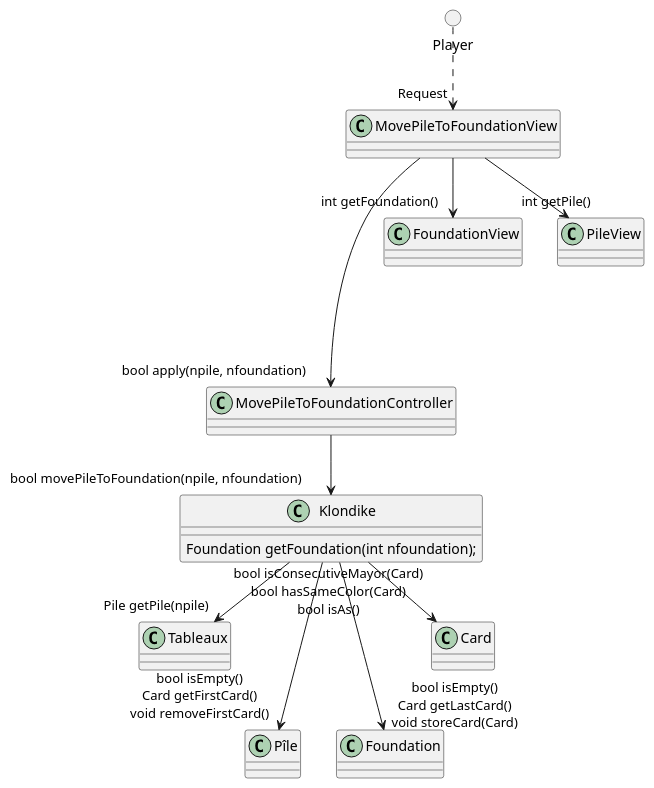
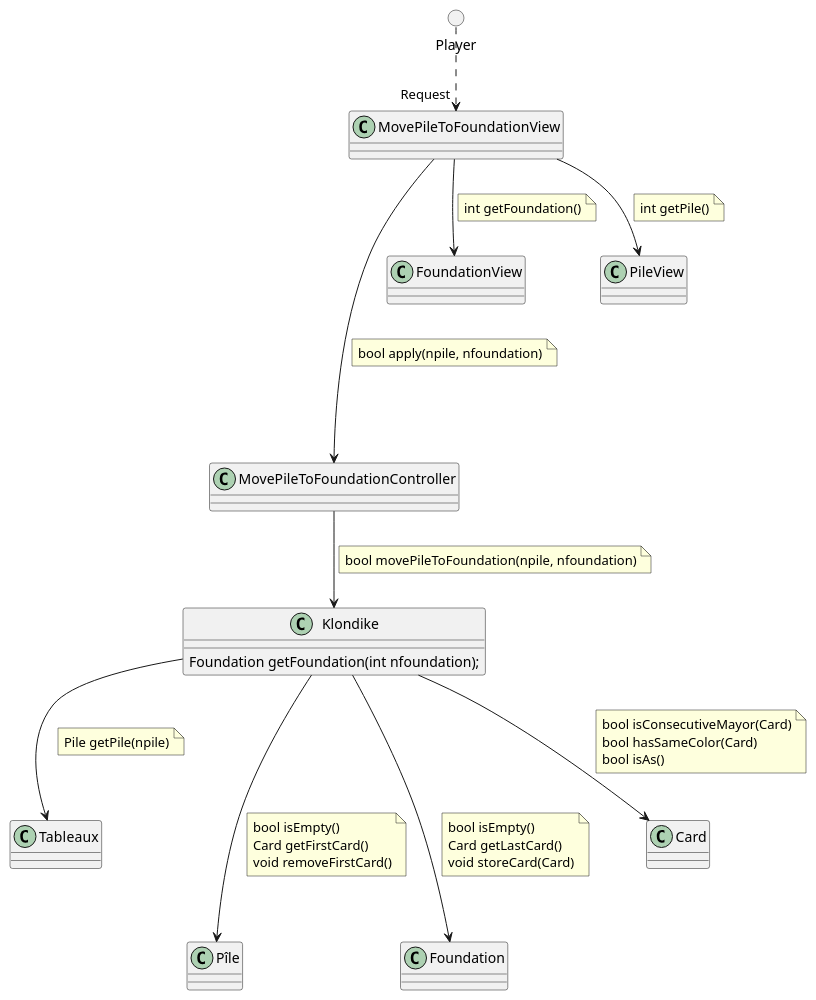
One commit to ciscoruiz/klondike changed the diagram in analysis/collaboration/MovePileToFoundation.puml. Above: the diagram before and after it, drawn with PlantUML. The commit also changed 2 other files, not shown here.

Commit message:
Use "note on link" expression to improve readability of diagrams

```diff
--- a/analysis/collaboration/MovePileToFoundation.puml
+++ b/analysis/collaboration/MovePileToFoundation.puml
@@ -1,27 +1,37 @@
 @startuml
 class MovePileToFoundationView
 class MovePileToFoundationController
 class Klondike
 circle Player
 
 Player ..> "Request" MovePileToFoundationView
 
-MovePileToFoundationView --> "int getFoundation()" FoundationView
-MovePileToFoundationView --> "int getPile()" PileView
+MovePileToFoundationView --> FoundationView
+note on link: int getFoundation()
 
-MovePileToFoundationView ----> "bool apply(npile, nfoundation)" MovePileToFoundationController
+MovePileToFoundationView --> PileView
+note on link: int getPile()
 
-MovePileToFoundationController --> "bool movePileToFoundation(npile, nfoundation)" Klondike
+MovePileToFoundationView ----> MovePileToFoundationController
+note on link: bool apply(npile, nfoundation)
+
+MovePileToFoundationController --> Klondike
+note on link: bool movePileToFoundation(npile, nfoundation)
 
 class Klondike {
    Foundation getFoundation(int nfoundation);
 }
 
-Klondike --> "Pile getPile(npile)" Tableaux
+Klondike --> Tableaux
+note on link: Pile getPile(npile)
 
-Klondike ---> "bool isEmpty()\nCard getFirstCard()\nvoid removeFirstCard()" Pîle
-Klondike ---> "bool isEmpty()\nCard getLastCard()\nvoid storeCard(Card)" Foundation
+Klondike ---> Pîle
+note on link: bool isEmpty()\nCard getFirstCard()\nvoid removeFirstCard()
 
-Klondike --> "bool isConsecutiveMayor(Card)\nbool hasSameColor(Card)\nbool isAs()" Card
+Klondike ---> Foundation
+note on link: bool isEmpty()\nCard getLastCard()\nvoid storeCard(Card)
+
+Klondike --> Card
+note on link: bool isConsecutiveMayor(Card)\nbool hasSameColor(Card)\nbool isAs()
 
 @enduml
```
